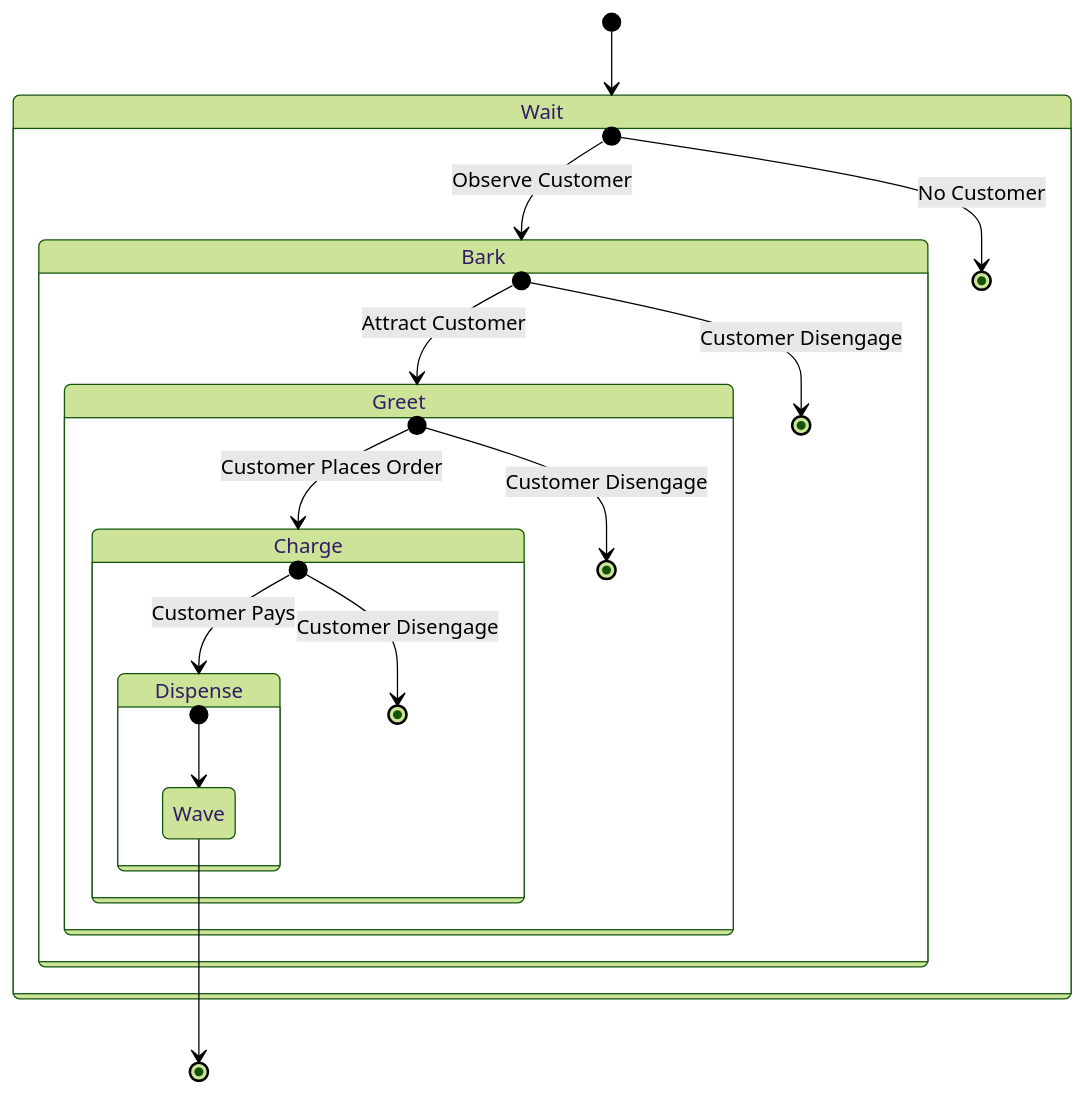
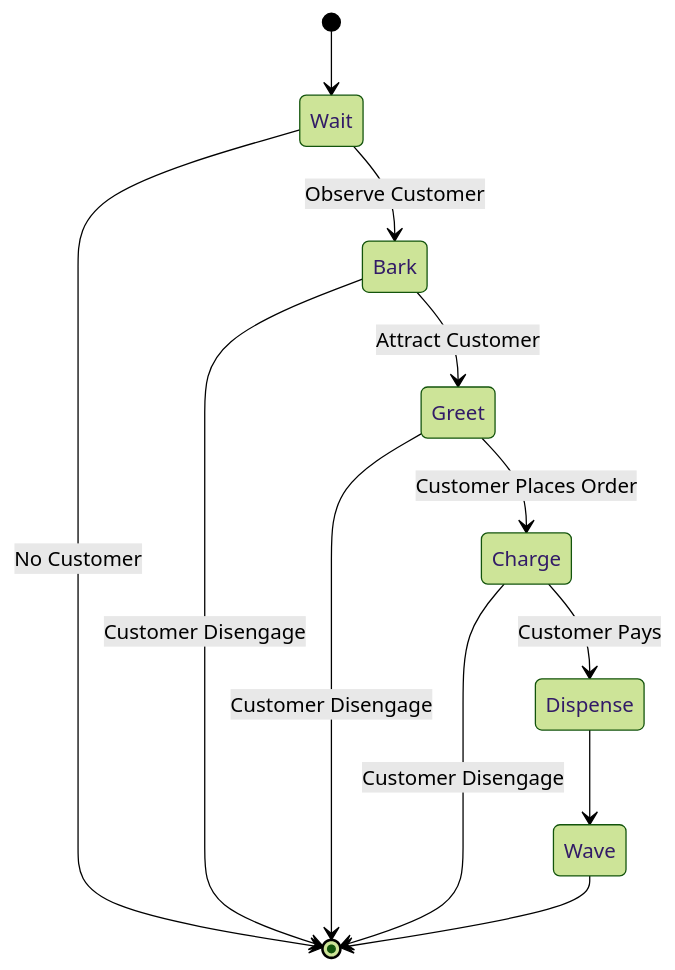
One commit to cory-johannsen/gohtn changed the diagram in README.md. Above: the diagram before and after it, drawn with Mermaid (forest theme).

````diff
--- a/README.md
+++ b/README.md
@@ -31,24 +31,14 @@
 ```mermaid
 stateDiagram-v2
     [*] --> Wait
-    state Wait {
-        [*] --> Bark: Observe Customer
-        [*] --> [*]: No Customer
-    }
-    state Bark {
-        [*] --> Greet: Attract Customer
-        [*] --> [*]: Customer Disengage
-    }
-    state Greet {
-        [*] --> Charge: Customer Places Order
-        [*] --> [*]: Customer Disengage
-    }
-    state Charge {
-        [*] --> Dispense: Customer Pays
-        [*] --> [*]: Customer Disengage
-    }
-    state Dispense {
-        [*] --> Wave
-    }
+    Wait --> Bark: Observe Customer
+    Wait --> [*]: No Customer
+    Bark --> Greet: Attract Customer
+    Bark --> [*]: Customer Disengage
+    Greet --> Charge: Customer Places Order
+    Greet --> [*]: Customer Disengage
+    Charge  --> Dispense: Customer Pays
+    Charge --> [*]: Customer Disengage
+    Dispense --> Wave
     Wave --> [*]
 ```
````
